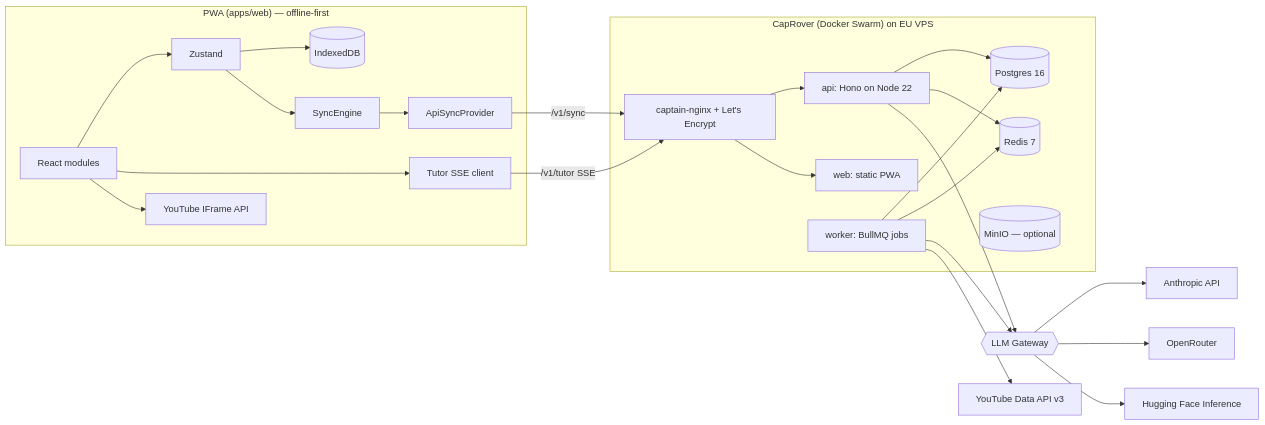
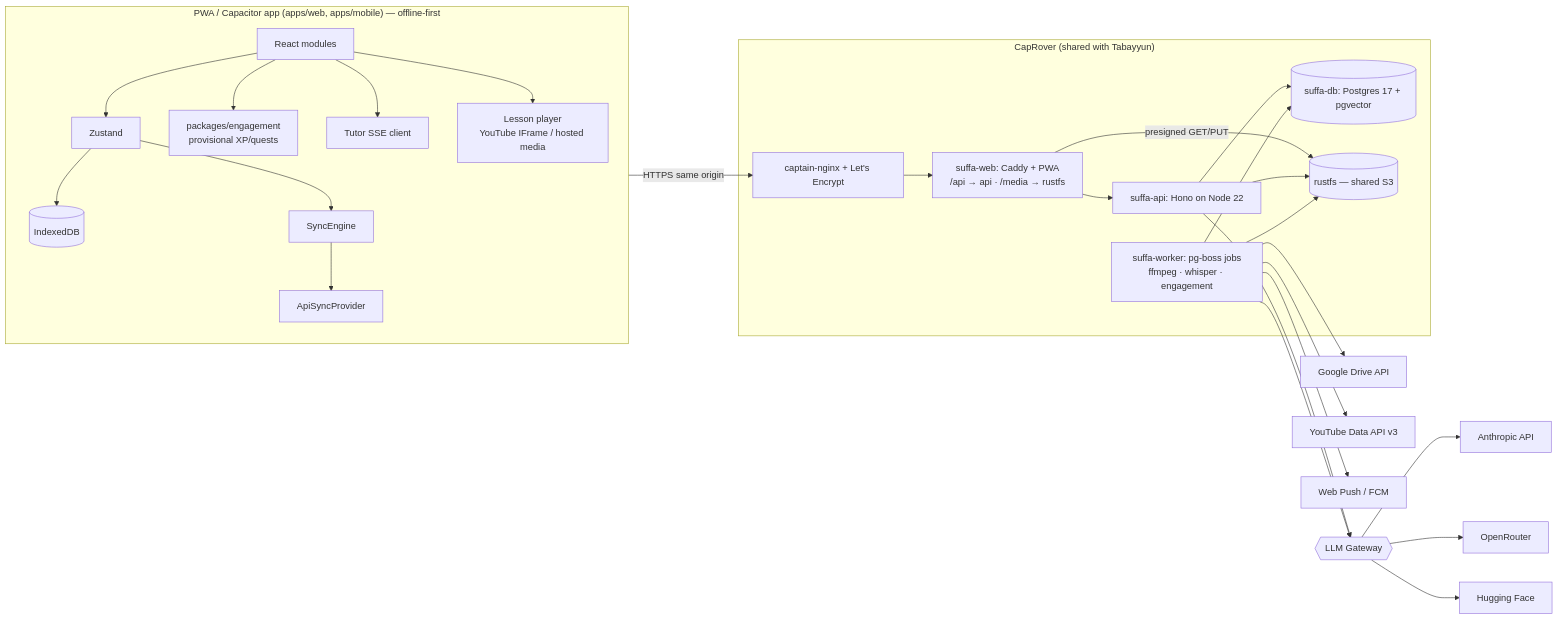
The diagram in docs/spec/02-technical-spec.md (Sira-Labs/Suffa), drawn with Mermaid before and after one commit. The commit also changed other lines of this file and 18 other files, not shown here.

First line of the commit message:
docs: add engagement plan, teacher recordings, RustFS storage and CapRover runbook

````diff
--- a/docs/spec/02-technical-spec.md
+++ b/docs/spec/02-technical-spec.md
@@ -8,35 +8,36 @@
 ```mermaid
 flowchart LR
-  subgraph Client["PWA (apps/web) — offline-first"]
+  subgraph Client["PWA / Capacitor app (apps/web, apps/mobile) — offline-first"]
     UI[React modules] --> Stores[Zustand]
     Stores --> Dexie[(IndexedDB)]
-    Stores --> SyncEngine
-    SyncEngine --> ApiSync[ApiSyncProvider]
+    Stores --> SyncEngine --> ApiSync[ApiSyncProvider]
+    UI --> Engage[packages/engagement<br/>provisional XP/quests]
     UI --> TutorClient[Tutor SSE client]
-    UI --> YTPlayer[YouTube IFrame API]
+    UI --> Player[Lesson player<br/>YouTube IFrame / hosted media]
   end
 
-  subgraph CapRover["CapRover (Docker Swarm) on EU VPS"]
+  subgraph CapRover["CapRover (shared with Tabayyun)"]
     Nginx[captain-nginx + Let's Encrypt]
-    Web[web: static PWA]
-    API[api: Hono on Node 22]
-    Worker[worker: BullMQ jobs]
-    PG[(Postgres 16)]
-    Redis[(Redis 7)]
-    S3[(MinIO — optional)]
+    Web["suffa-web: Caddy + PWA<br/>/api → api · /media → rustfs"]
+    API[suffa-api: Hono on Node 22]
+    Worker["suffa-worker: pg-boss jobs<br/>ffmpeg · whisper · engagement"]
+    PG[(suffa-db: Postgres 17 + pgvector)]
+    RustFS[(rustfs — shared S3)]
   end
 
-  ApiSync -->|/v1/sync| Nginx --> API
-  TutorClient -->|/v1/tutor SSE| Nginx
-  Nginx --> Web
+  Client -->|HTTPS same origin| Nginx --> Web
+  Web --> API
+  Web -->|presigned GET/PUT| RustFS
   API --> PG
-  API --> Redis
   Worker --> PG
-  Worker --> Redis
+  API --> RustFS
+  Worker --> RustFS
   API --> LLM{{LLM Gateway}}
   Worker --> LLM
   LLM --> Anthropic[Anthropic API]
   LLM --> OpenRouter[OpenRouter]
-  LLM --> HF[Hugging Face Inference]
+  LLM --> HF[Hugging Face]
+  Worker --> GDrive[Google Drive API]
   Worker --> YTData[YouTube Data API v3]
+  Worker --> Push[Web Push / FCM]
 ```
````
